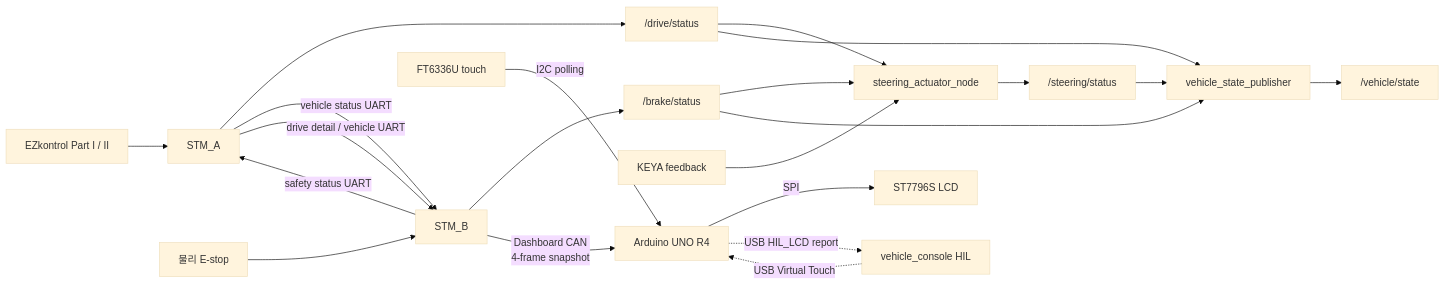
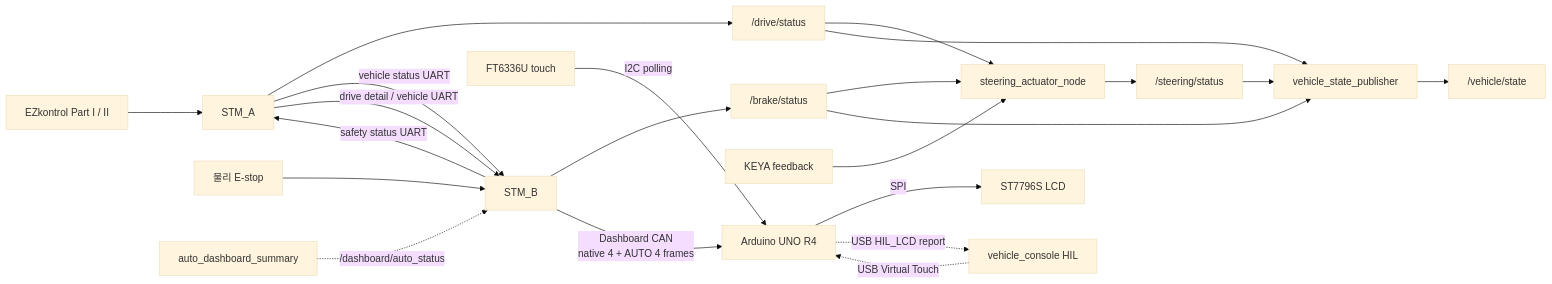
The second of 2 diagrams in docs/ARCHITECTURE.md (shinjuyeop/Control), drawn with Mermaid (base theme) before and after one commit. The commit also changed other lines of this file and 25 other files, not shown here.

````diff
--- a/docs/ARCHITECTURE.md
+++ b/docs/ARCHITECTURE.md
@@ -212,23 +227,24 @@
 ```mermaid
 flowchart LR
     EZ["EZkontrol Part I / II"] --> A["STM_A"]
     A --> DS["/drive/status"]
     A -->|"vehicle status UART"| B["STM_B"]
     B -->|"safety status UART"| A
     E["물리 E-stop"] --> B
     B --> BS["/brake/status"]
     K["KEYA feedback"] --> L["steering_actuator_node"]
     DS --> L
     BS --> L
     L --> SS["/steering/status"]
     DS --> F["vehicle_state_publisher"]
     BS --> F
     SS --> F
     F --> VS["/vehicle/state"]
     A -->|"drive detail / vehicle UART"| B
-    B -->|"Dashboard CAN<br/>4-frame snapshot"| UNO["Arduino UNO R4"]
+    Summary["auto_dashboard_summary"] -.->|"/dashboard/auto_status"| B
+    B -->|"Dashboard CAN<br/>native 4 + AUTO 4 frames"| UNO["Arduino UNO R4"]
     UNO -->|"SPI"| LCD["ST7796S LCD"]
     Touch["FT6336U touch"] -->|"I2C polling"| UNO
     HIL["vehicle_console HIL"] -.->|"USB Virtual Touch"| UNO
     UNO -.->|"USB HIL_LCD report"| HIL
 ```
````
